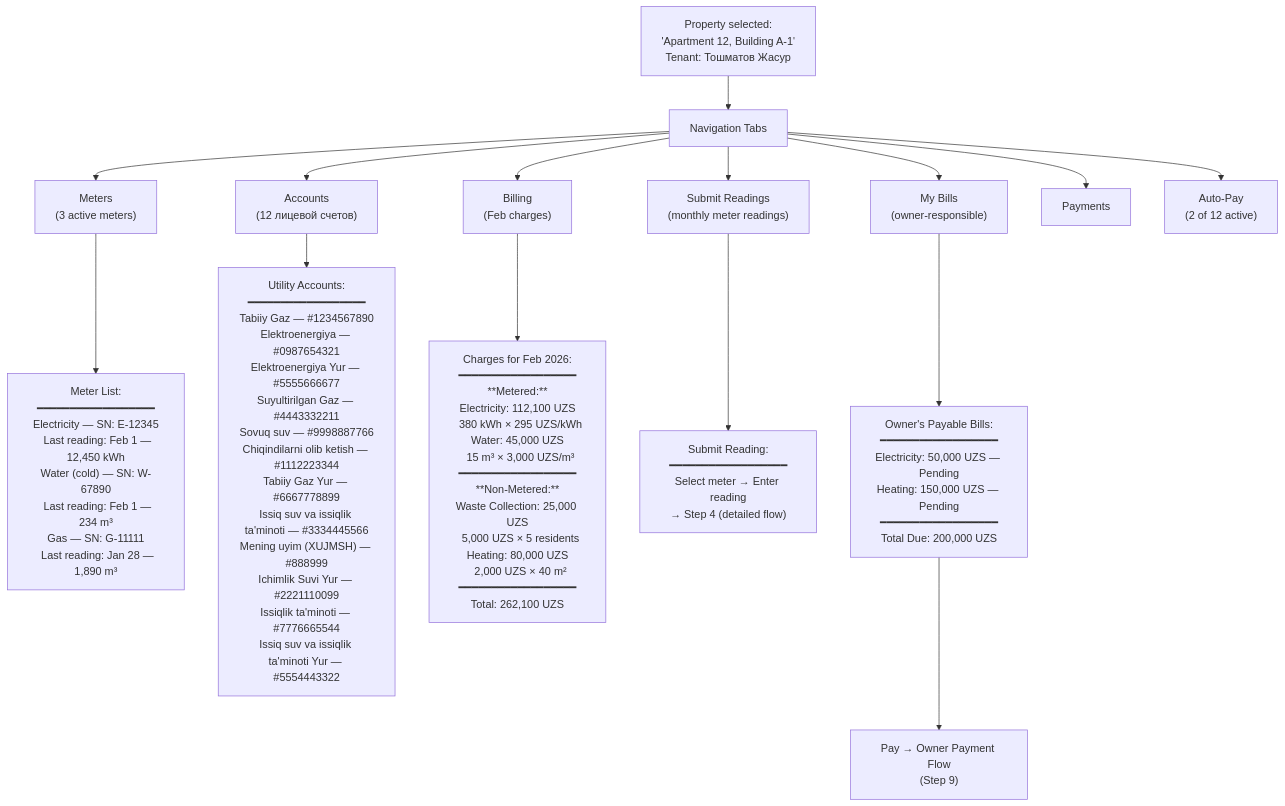
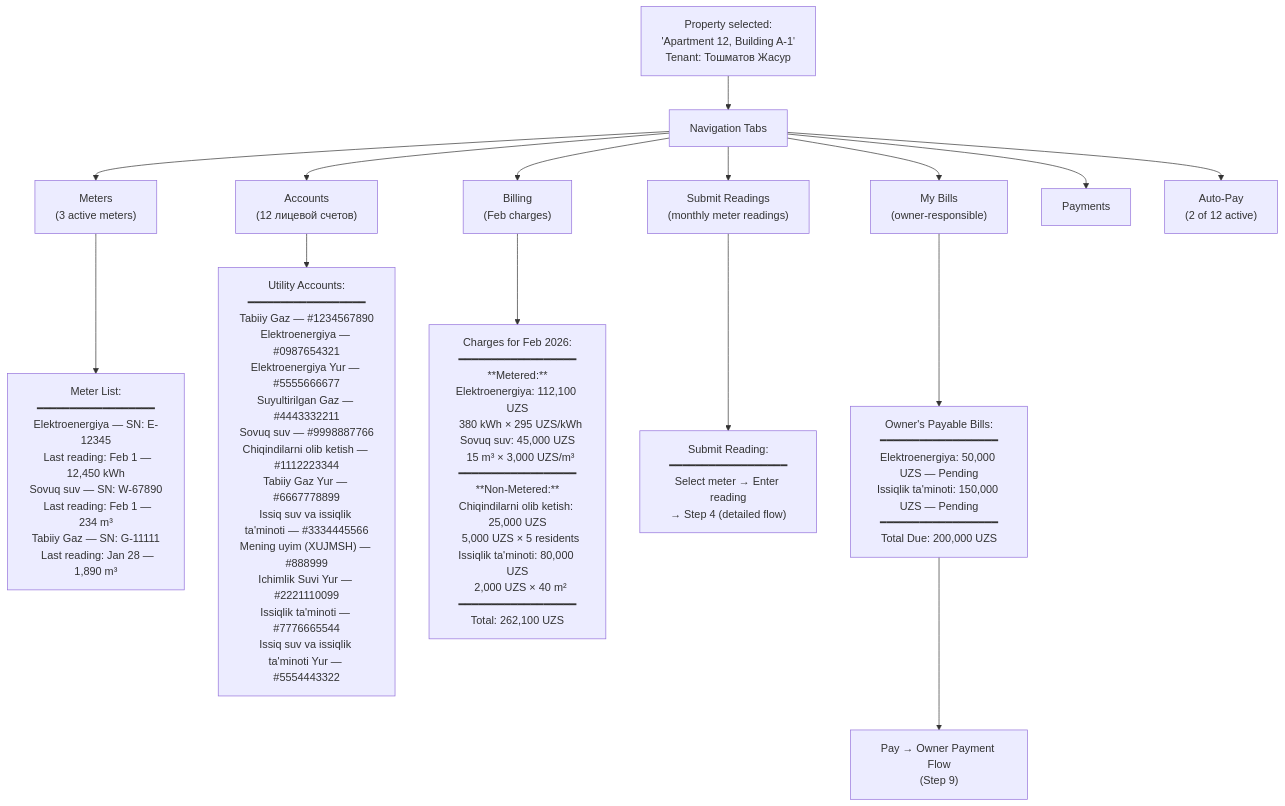
The third of 11 diagrams in Utilities - Business Owner.md (saodatm-dev/Utilities---Informational-Architecture), drawn with Mermaid before and after one commit. The commit also changed other lines of this file and 1 other file, not shown here.

Commit message:
refactor: Localize utility names to Uzbek, consolidate feature tiers, remove payment service integration, and refine payment flow details.

````diff
--- a/Utilities - Business Owner.md
+++ b/Utilities - Business Owner.md
@@ -90,24 +90,24 @@
 ```mermaid
 flowchart TD
     PROP["Property selected:<br/>'Apartment 12, Building A-1'<br/>Tenant: Тошматов Жасур"] --> TABS["Navigation Tabs"]
 
     TABS --> T_METERS["Meters<br/>(3 active meters)"]
     TABS --> T_ACCOUNTS["Accounts<br/>(12 лицевой счетов)"]
     TABS --> T_READINGS["Submit Readings<br/>(monthly meter readings)"]
     TABS --> T_BILLING["Billing<br/>(Feb charges)"]
     TABS --> T_MY_BILLS["My Bills<br/>(owner-responsible)"]
     TABS --> T_PAYMENTS["Payments"]
     TABS --> T_AUTOPAY["Auto-Pay<br/>(2 of 12 active)"]
 
-    T_METERS --> METERS_VIEW["Meter List:<br/>━━━━━━━━━━━━━━━━━━<br/>Electricity — SN: E-12345<br/>  Last reading: Feb 1 — 12,450 kWh<br/>Water (cold) — SN: W-67890<br/>  Last reading: Feb 1 — 234 m³<br/>Gas — SN: G-11111<br/>  Last reading: Jan 28 — 1,890 m³"]
+    T_METERS --> METERS_VIEW["Meter List:<br/>━━━━━━━━━━━━━━━━━━<br/>Elektroenergiya — SN: E-12345<br/>  Last reading: Feb 1 — 12,450 kWh<br/>Sovuq suv — SN: W-67890<br/>  Last reading: Feb 1 — 234 m³<br/>Tabiiy Gaz — SN: G-11111<br/>  Last reading: Jan 28 — 1,890 m³"]
 
     T_ACCOUNTS --> ACC_VIEW["Utility Accounts:<br/>━━━━━━━━━━━━━━━━━━<br/>Tabiiy Gaz — #1234567890<br/>Elektroenergiya — #0987654321<br/>Elektroenergiya Yur — #5555666677<br/>Suyultirilgan Gaz — #4443332211<br/>Sovuq suv — #9998887766<br/>Chiqindilarni olib ketish — #1112223344<br/>Tabiiy Gaz Yur — #6667778899<br/>Issiq suv va issiqlik ta'minoti — #3334445566<br/>Mening uyim (XUJMSH) — #888999<br/>Ichimlik Suvi Yur — #2221110099<br/>Issiqlik ta'minoti — #7776665544<br/>Issiq suv va issiqlik ta'minoti Yur — #5554443322"]
 
-    T_BILLING --> BILL_VIEW["Charges for Feb 2026:<br/>━━━━━━━━━━━━━━━━━━<br/>**Metered:**<br/>Electricity: 112,100 UZS<br/>  380 kWh × 295 UZS/kWh<br/>Water: 45,000 UZS<br/>  15 m³ × 3,000 UZS/m³<br/>━━━━━━━━━━━━━━━━━━<br/>**Non-Metered:**<br/>Waste Collection: 25,000 UZS<br/>  5,000 UZS × 5 residents<br/>Heating: 80,000 UZS<br/>  2,000 UZS × 40 m²<br/>━━━━━━━━━━━━━━━━━━<br/>Total: 262,100 UZS"]
+    T_BILLING --> BILL_VIEW["Charges for Feb 2026:<br/>━━━━━━━━━━━━━━━━━━<br/>**Metered:**<br/>Elektroenergiya: 112,100 UZS<br/>  380 kWh × 295 UZS/kWh<br/>Sovuq suv: 45,000 UZS<br/>  15 m³ × 3,000 UZS/m³<br/>━━━━━━━━━━━━━━━━━━<br/>**Non-Metered:**<br/>Chiqindilarni olib ketish: 25,000 UZS<br/>  5,000 UZS × 5 residents<br/>Issiqlik ta'minoti: 80,000 UZS<br/>  2,000 UZS × 40 m²<br/>━━━━━━━━━━━━━━━━━━<br/>Total: 262,100 UZS"]
 
     T_READINGS --> READINGS_VIEW["Submit Reading:<br/>━━━━━━━━━━━━━━━━━━<br/>Select meter → Enter reading<br/>→ Step 4 (detailed flow)"]
 
-    T_MY_BILLS --> MY_BILLS_VIEW["Owner's Payable Bills:<br/>━━━━━━━━━━━━━━━━━━<br/>Electricity: 50,000 UZS — Pending<br/>Heating: 150,000 UZS — Pending<br/>━━━━━━━━━━━━━━━━━━<br/>Total Due: 200,000 UZS"]
+    T_MY_BILLS --> MY_BILLS_VIEW["Owner's Payable Bills:<br/>━━━━━━━━━━━━━━━━━━<br/>Elektroenergiya: 50,000 UZS — Pending<br/>Issiqlik ta'minoti: 150,000 UZS — Pending<br/>━━━━━━━━━━━━━━━━━━<br/>Total Due: 200,000 UZS"]
 
     MY_BILLS_VIEW --> PAY_BTN["Pay → Owner Payment Flow<br/>(Step 9)"]
 ```
````
